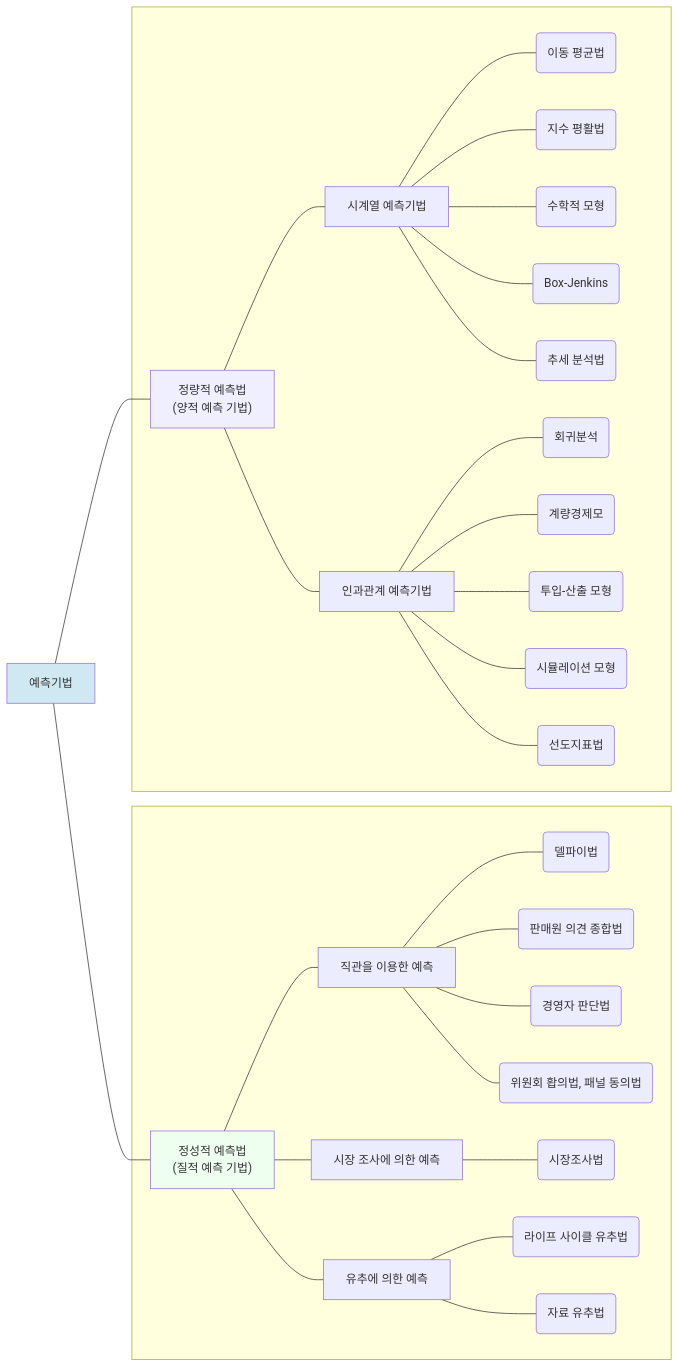
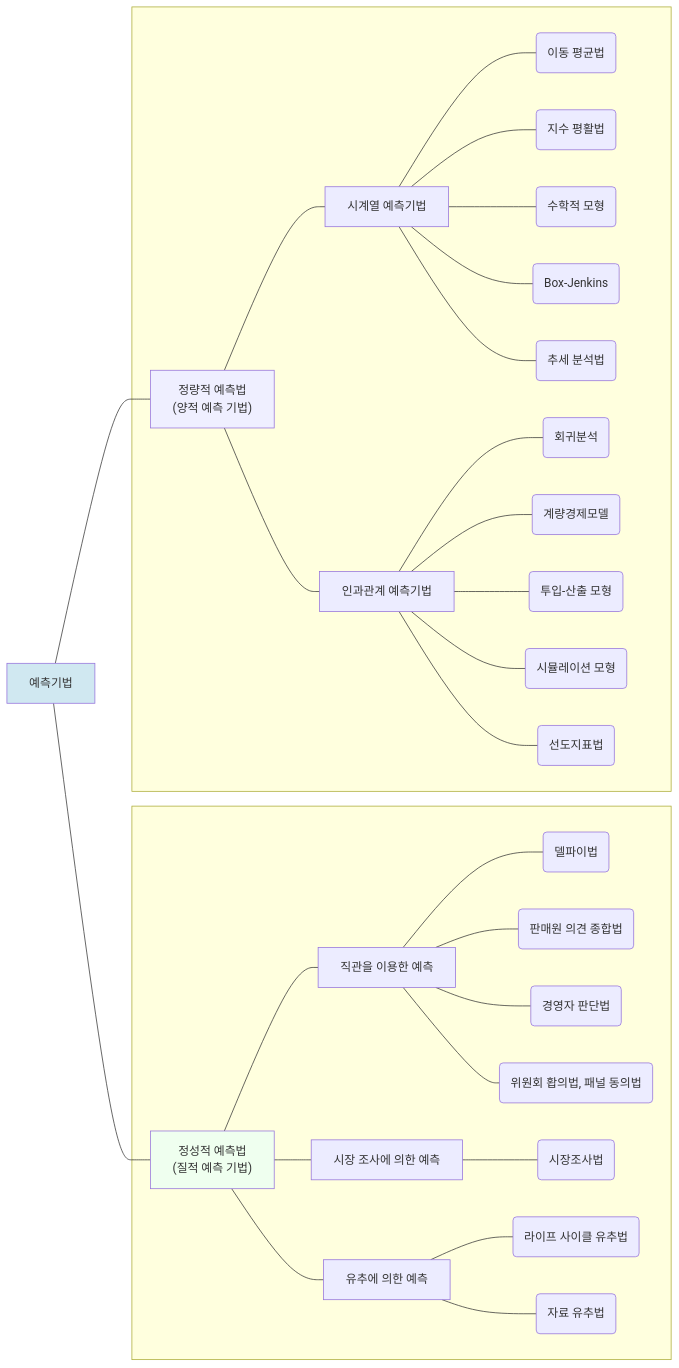
Before and after one commit to yeonkyupark/pepc2e: the diagram in 0201수요예측.qmd, drawn with Mermaid. The commit also changed other lines of this file, not shown here.

````diff
--- a/0201수요예측.qmd
+++ b/0201수요예측.qmd
@@ -13,40 +15,40 @@
 ```{mermaid}
 flowchart LR
 subgraph s1["   "]
 10["정성적 예측법<br>(질적 예측 기법)"]
 11["직관을 이용한 예측"]
 12["시장 조사에 의한 예측"]
 13["유추에 의한 예측"]
 11 --- 111("델파이법")
 11 --- 112("판매원 의견 종합법")
 11 --- 113("경영자 판단법")
 11 --- 114("위원회 홥의법, 패널 동의법")
 12 --- 121("시장조사법")
 13 --- 131("라이프 사이클 유추법")
 13 --- 132("자료 유추법")
 10 --- 11 & 12 & 13
 end
 
 subgraph s2["   "]
 20["정량적 예측법<br>(양적 예측 기법)"]
 21["시계열 예측기법"]
 22["인과관계 예측기법"]
 21 --- 211("이동 평균법")
 21 --- 212("지수 평활법")
 21 --- 213("수학적 모형")
 21 --- 214("Box-Jenkins")
 21 --- 215("추세 분석법")
 22 --- 221("회귀분석")
-22 --- 222("계량경제모")
+22 --- 222("계량경제모델")
 22 --- 223("투입-산출 모형")
 22 --- 224("시뮬레이션 모형")
 22 --- 225("선도지표법")
 20 --- 21 & 22
 end
 
 예측기법 --- 10 & 20
 
 style 20 fill:#efefff
 style 10 fill:#efffef
 style 예측기법 fill:#d0e8f1
 ```
````
